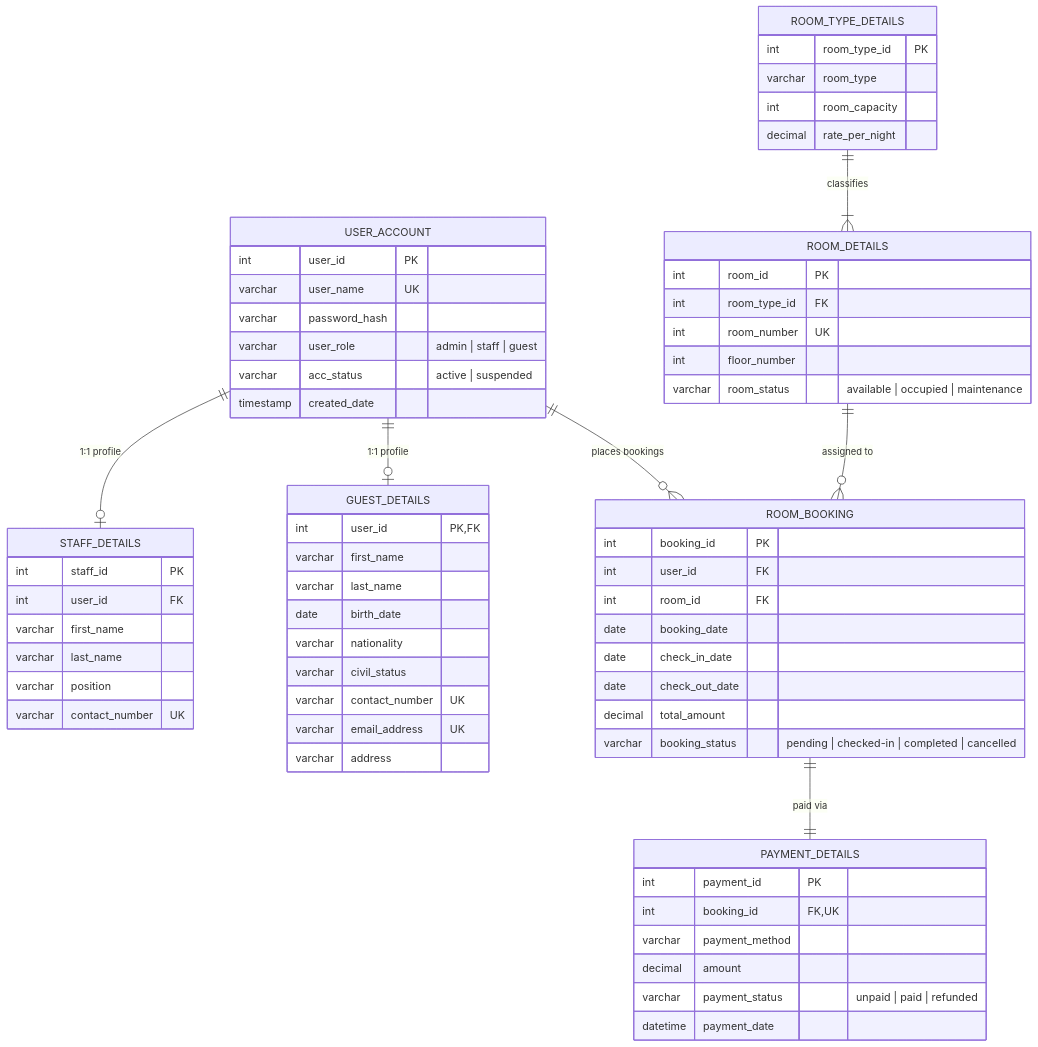
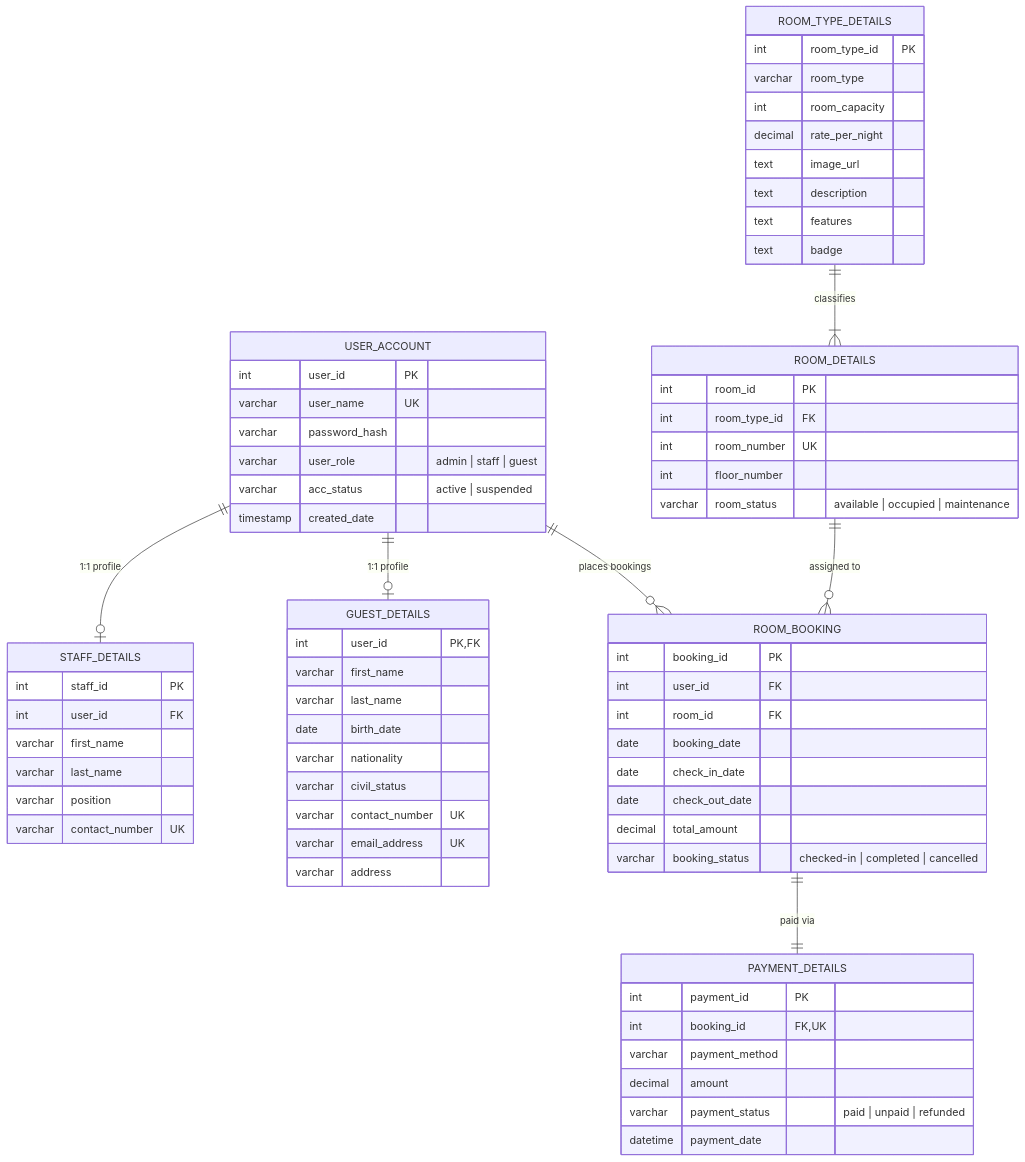
One commit to charrielmae/burgundysuite changed the second of 2 diagrams in PROJECT_DOCUMENTATION.md. Above: the diagram before and after it, drawn with Mermaid. The commit also changed other lines of this file and 119 other files, not shown here.

````diff
--- a/PROJECT_DOCUMENTATION.md
+++ b/PROJECT_DOCUMENTATION.md
@@ -63,74 +144,78 @@
 ```mermaid
 erDiagram
     USER_ACCOUNT ||--o| STAFF_DETAILS : "1:1 profile"
     USER_ACCOUNT ||--o| GUEST_DETAILS : "1:1 profile"
     USER_ACCOUNT ||--o{ ROOM_BOOKING : "places bookings"
     ROOM_TYPE_DETAILS ||--|{ ROOM_DETAILS : "classifies"
     ROOM_DETAILS ||--o{ ROOM_BOOKING : "assigned to"
     ROOM_BOOKING ||--|| PAYMENT_DETAILS : "paid via"
 
     USER_ACCOUNT {
         int user_id PK
         varchar user_name UK
         varchar password_hash
         varchar user_role "admin | staff | guest"
         varchar acc_status "active | suspended"
         timestamp created_date
     }
 
     STAFF_DETAILS {
         int staff_id PK
         int user_id FK
         varchar first_name
         varchar last_name
         varchar position
         varchar contact_number UK
     }
 
     GUEST_DETAILS {
         int user_id PK,FK
         varchar first_name
         varchar last_name
         date birth_date
         varchar nationality
         varchar civil_status
         varchar contact_number UK
         varchar email_address UK
         varchar address
     }
 
     ROOM_TYPE_DETAILS {
         int room_type_id PK
         varchar room_type
         int room_capacity
         decimal rate_per_night
+        text image_url
+        text description
+        text features
+        text badge
     }
 
     ROOM_DETAILS {
         int room_id PK
         int room_type_id FK
         int room_number UK
         int floor_number
         varchar room_status "available | occupied | maintenance"
     }
 
     ROOM_BOOKING {
         int booking_id PK
         int user_id FK
         int room_id FK
         date booking_date
         date check_in_date
         date check_out_date
         decimal total_amount
-        varchar booking_status "pending | checked-in | completed | cancelled"
+        varchar booking_status "checked-in | completed | cancelled"
     }
 
     PAYMENT_DETAILS {
         int payment_id PK
         int booking_id FK,UK
         varchar payment_method
         decimal amount
-        varchar payment_status "unpaid | paid | refunded"
+        varchar payment_status "paid | unpaid | refunded"
         datetime payment_date
     }
 ```
````
